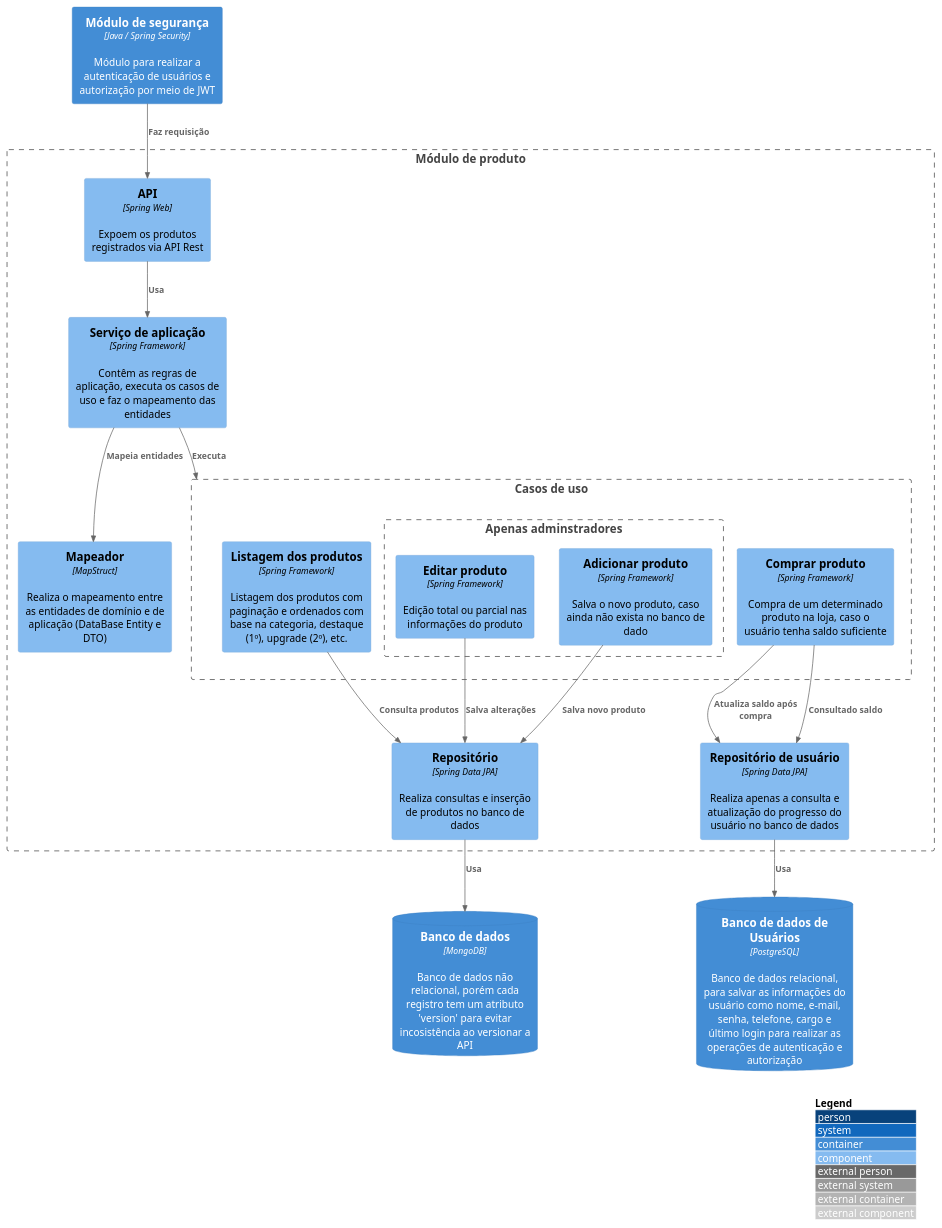
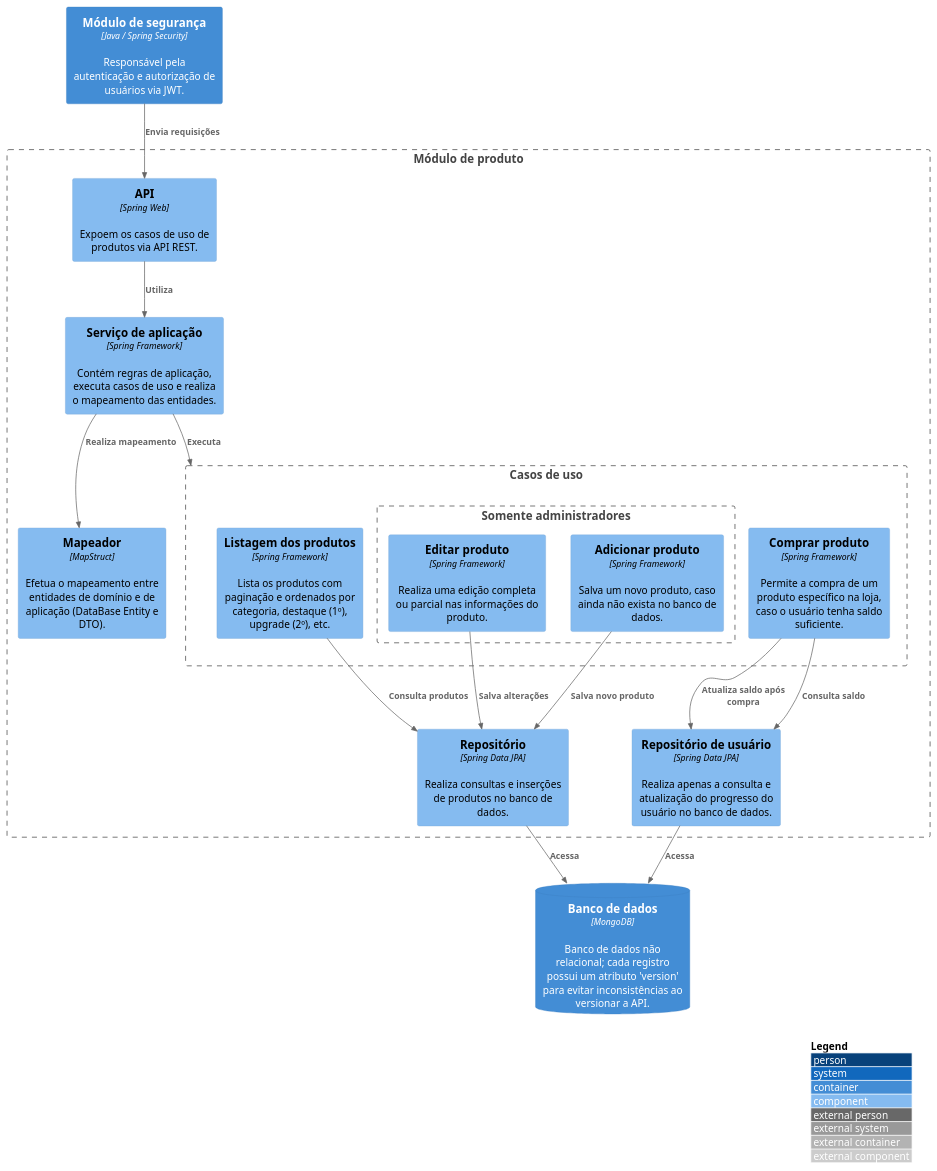
Before and after one commit to Open-3A/3A-c4-model: the diagram in c3-components/back-end/product-module/product_module.puml, drawn with PlantUML.

Commit message:
refactor(c3): clarify diagram of product module

```diff
--- a/c3-components/back-end/product-module/product_module.puml
+++ b/c3-components/back-end/product-module/product_module.puml
@@ -1,42 +1,41 @@
 @startuml Product Module
 
 !include https://raw.githubusercontent.com/adrianvlupu/C4-PlantUML/latest/C4_Component.puml
 
 LAYOUT_WITH_LEGEND()
 
-Container(security_module, "Módulo de segurança", "Java / Spring Security", "Módulo para realizar a autenticação de usuários e autorização por meio de JWT")
+Container(security_module, "Módulo de segurança", "Java / Spring Security", "Responsável pela autenticação e autorização de usuários via JWT.")
 
 Boundary(product_module, "Módulo de produto"){
-  Component(product_api, "API", "Spring Web", "Expoem os produtos registrados via API Rest")
-  Component(product_service, "Serviço de aplicação", "Spring Framework", "Contêm as regras de aplicação, executa os casos de uso e faz o mapeamento das entidades")
-  Component(product_mapper, "Mapeador", "MapStruct", "Realiza o mapeamento entre as entidades de domínio e de aplicação (DataBase Entity e DTO)")
+  Component(product_api, "API", "Spring Web", "Expoem os casos de uso de produtos via API REST.")
+  Component(product_service, "Serviço de aplicação", "Spring Framework", "Contém regras de aplicação, executa casos de uso e realiza o mapeamento das entidades.")
+  Component(product_mapper, "Mapeador", "MapStruct", "Efetua o mapeamento entre entidades de domínio e de aplicação (DataBase Entity e DTO).")
 
   Boundary(product_use_cases, "Casos de uso"){
-    Boundary(only_admins, "Apenas adminstradores"){
-      Component(edit_product_use_case, "Editar produto", "Spring Framework", "Edição total ou parcial nas informações do produto")
-      Component(add_product_use_case, "Adicionar produto", "Spring Framework", "Salva o novo produto, caso ainda não exista no banco de dado")
+    Boundary(only_admins, "Somente administradores"){
+      Component(edit_product_use_case, "Editar produto", "Spring Framework", "Realiza uma edição completa ou parcial nas informações do produto.")
+      Component(add_product_use_case, "Adicionar produto", "Spring Framework", "Salva um novo produto, caso ainda não exista no banco de dados.")
     }
-    Component(list_products_use_case, "Listagem dos produtos", "Spring Framework", "Listagem dos produtos com paginação e ordenados com base na categoria, destaque (1º), upgrade (2º), etc.")
-    Component(buy_product_use_case, "Comprar produto", "Spring Framework", "Compra de um determinado produto na loja, caso o usuário tenha saldo suficiente")
+    Component(list_products_use_case, "Listagem dos produtos", "Spring Framework", "Lista os produtos com paginação e ordenados por categoria, destaque (1º), upgrade (2º), etc.")
+    Component(buy_product_use_case, "Comprar produto", "Spring Framework", "Permite a compra de um produto específico na loja, caso o usuário tenha saldo suficiente.")
   }
 
-  Component(product_repository, "Repositório", "Spring Data JPA", "Realiza consultas e inserção de produtos no banco de dados")
-  Component(user_repository, "Repositório de usuário", "Spring Data JPA", "Realiza apenas a consulta e atualização do progresso do usuário no banco de dados")
+  Component(product_repository, "Repositório", "Spring Data JPA", "Realiza consultas e inserções de produtos no banco de dados.")
+  Component(user_repository, "Repositório de usuário", "Spring Data JPA", "Realiza apenas a consulta e atualização do progresso do usuário no banco de dados.")
 }
 
-ContainerDb(db, "Banco de dados", "MongoDB", "Banco de dados não relacional, porém cada registro tem um atributo 'version' para evitar incosistência ao versionar a API")
-ContainerDb(user_db, "Banco de dados de Usuários", "PostgreSQL", "Banco de dados relacional, para salvar as informações do usuário como nome, e-mail, senha, telefone, cargo e último login para realizar as operações de autenticação e autorização")
+ContainerDb(db, "Banco de dados", "MongoDB", "Banco de dados não relacional; cada registro possui um atributo 'version' para evitar inconsistências ao versionar a API.")
 
-Rel(security_module, product_api, "Faz requisição")
-Rel(product_api, product_service, "Usa")
+Rel(security_module, product_api, "Envia requisições")
+Rel(product_api, product_service, "Utiliza")
 Rel(product_service, product_use_cases, "Executa")
-Rel(product_service, product_mapper, "Mapeia entidades")
+Rel(product_service, product_mapper, "Realiza mapeamento")
 Rel(list_products_use_case, product_repository, "Consulta produtos")
 Rel(edit_product_use_case, product_repository, "Salva alterações")
 Rel(add_product_use_case, product_repository, "Salva novo produto")
-Rel(product_repository, db, "Usa")
-Rel(buy_product_use_case, user_repository, "Consultado saldo")
+Rel(product_repository, db, "Acessa")
+Rel(buy_product_use_case, user_repository, "Consulta saldo")
 Rel(buy_product_use_case, user_repository, "Atualiza saldo após compra")
-Rel(user_repository, user_db, "Usa")
+Rel(user_repository, db, "Acessa")
 
 @enduml
```
